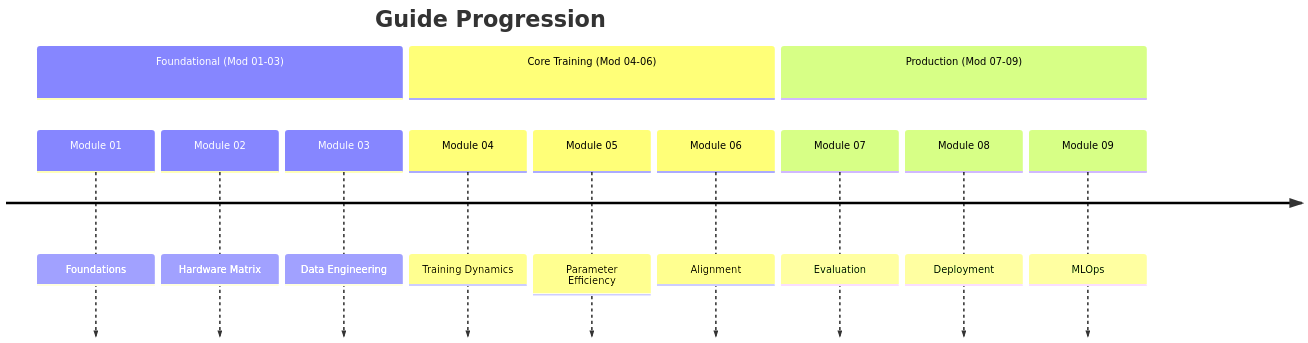
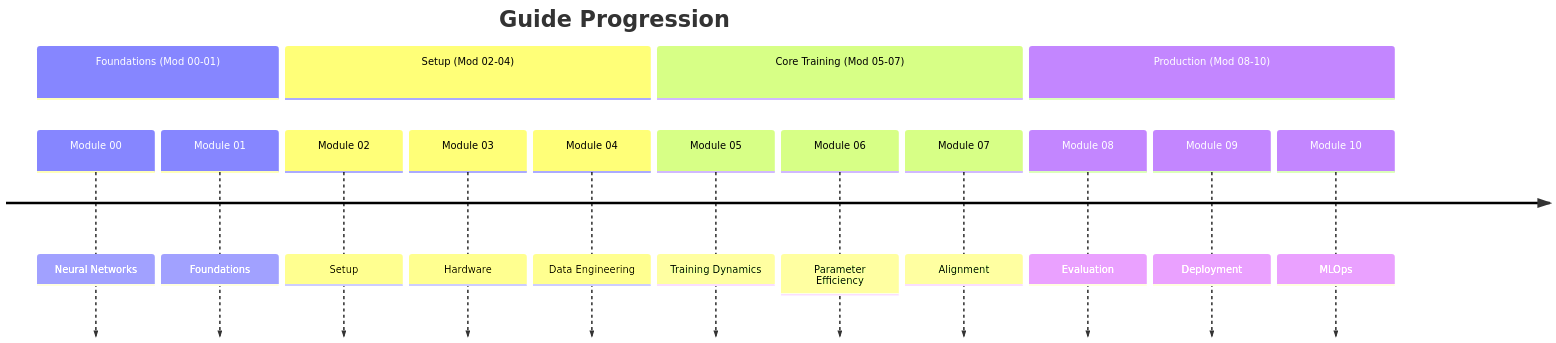
One commit to Parv17k/llm-fine-tuning-guide changed the third of 3 diagrams in content/00-preface.md. Above: the diagram before and after it, drawn with Mermaid. The commit also changed other lines of this file and 3 other files, not shown here.

Commit message:
Update neural networks documentation - enhance explanations and examples, refine module structure.

````diff
--- a/content/00-preface.md
+++ b/content/00-preface.md
@@ -166,16 +182,19 @@
 ```mermaid
 timeline
     title Guide Progression
-    section Foundational (Mod 01-03)
+    section Foundations (Mod 00-01)
+        Module 00 : Neural Networks
         Module 01 : Foundations
-        Module 02 : Hardware Matrix
-        Module 03 : Data Engineering
-    section Core Training (Mod 04-06)
-        Module 04 : Training Dynamics
-        Module 05 : Parameter Efficiency
-        Module 06 : Alignment
-    section Production (Mod 07-09)
-        Module 07 : Evaluation
-        Module 08 : Deployment
-        Module 09 : MLOps
+    section Setup (Mod 02-04)
+        Module 02 : Setup
+        Module 03 : Hardware
+        Module 04 : Data Engineering
+    section Core Training (Mod 05-07)
+        Module 05 : Training Dynamics
+        Module 06 : Parameter Efficiency
+        Module 07 : Alignment
+    section Production (Mod 08-10)
+        Module 08 : Evaluation
+        Module 09 : Deployment
+        Module 10 : MLOps
 ```
````
